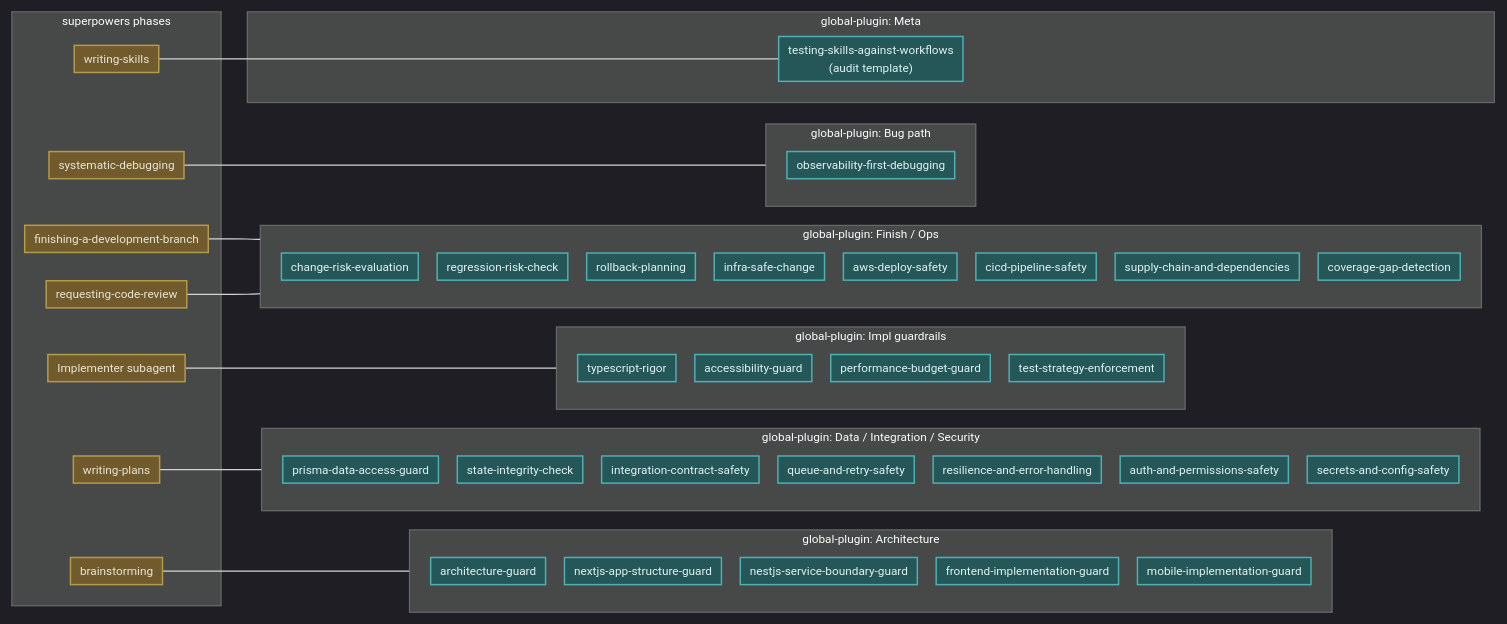
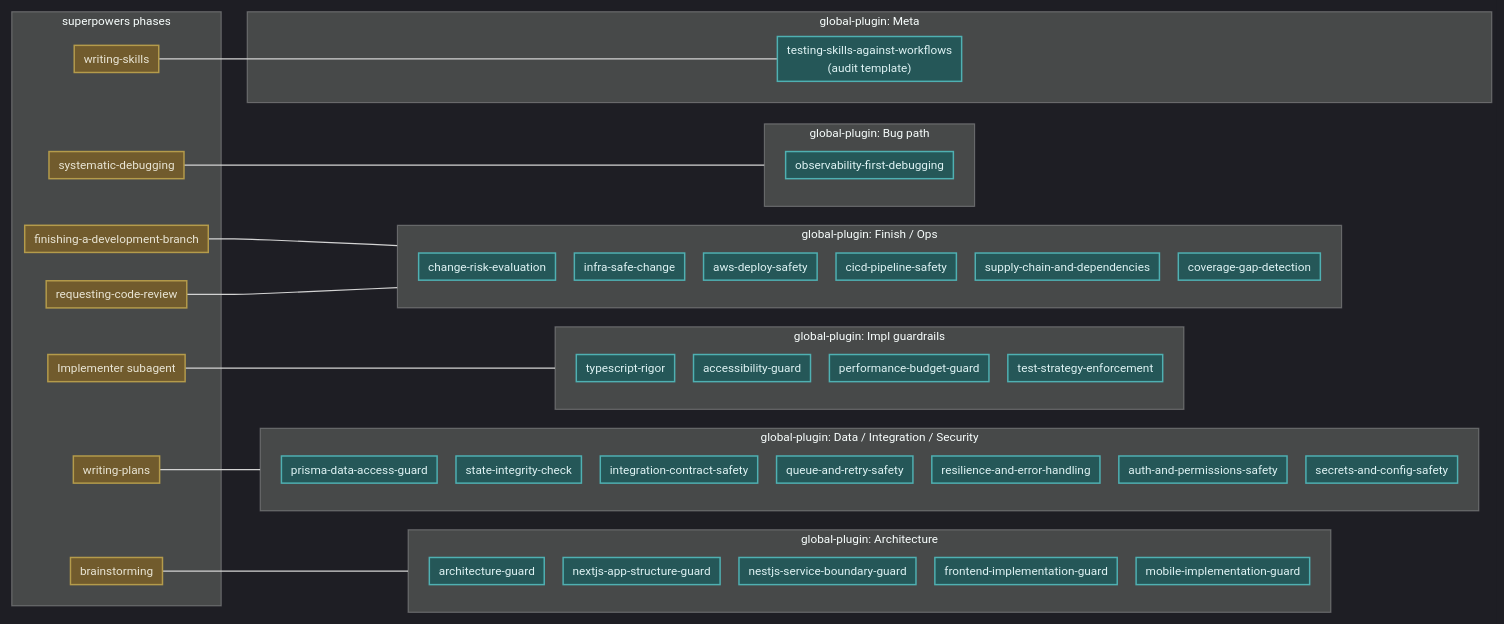
The second of 2 diagrams in docs/superpowers/workflows/08-whole-map.md (Pasanbasuru/company-plugin), drawn with Mermaid before and after one commit. The commit also changed other lines of this file and 11 other files, not shown here.

````diff
--- a/docs/superpowers/workflows/08-whole-map.md
+++ b/docs/superpowers/workflows/08-whole-map.md
@@ -136,68 +136,66 @@
 ```mermaid
 %%{init: {'theme':'dark','themeVariables':{'fontSize':'10px'},'flowchart':{'nodeSpacing':16,'rankSpacing':22,'padding':4,'diagramPadding':4}}}%%
 flowchart LR
     classDef extPlugin     fill:#785f28d9,stroke:#b49b4b,stroke-width:1.25px,color:#e9e5d5
     classDef companyPlugin fill:#1f5a5bd9,stroke:#4fb0b2,stroke-width:1.25px,color:#dff3f4
 
     subgraph SP[superpowers phases]
         BR[brainstorming]:::extPlugin
         WP[writing-plans]:::extPlugin
         IMP[Implementer subagent]:::extPlugin
         DBG[systematic-debugging]:::extPlugin
         FIN[finishing-a-development-branch]:::extPlugin
         RCR[requesting-code-review]:::extPlugin
         WSK[writing-skills]:::extPlugin
     end
 
     subgraph CPARCH[global-plugin: Architecture]
         AG[architecture-guard]:::companyPlugin
         NEXT[nextjs-app-structure-guard]:::companyPlugin
         NEST[nestjs-service-boundary-guard]:::companyPlugin
         FRNT[frontend-implementation-guard]:::companyPlugin
         MOB[mobile-implementation-guard]:::companyPlugin
     end
 
     subgraph CPDATA[global-plugin: Data / Integration / Security]
         PRIS[prisma-data-access-guard]:::companyPlugin
         STATE[state-integrity-check]:::companyPlugin
         INT[integration-contract-safety]:::companyPlugin
         QUE[queue-and-retry-safety]:::companyPlugin
         RES[resilience-and-error-handling]:::companyPlugin
         AUTH[auth-and-permissions-safety]:::companyPlugin
         SEC[secrets-and-config-safety]:::companyPlugin
     end
 
     subgraph CPIMPL[global-plugin: Impl guardrails]
         TS[typescript-rigor]:::companyPlugin
         A11Y[accessibility-guard]:::companyPlugin
         PERF[performance-budget-guard]:::companyPlugin
         TSE[test-strategy-enforcement]:::companyPlugin
     end
 
     subgraph CPFIN[global-plugin: Finish / Ops]
         CRE[change-risk-evaluation]:::companyPlugin
-        RRC[regression-risk-check]:::companyPlugin
-        RBP[rollback-planning]:::companyPlugin
         ISC[infra-safe-change]:::companyPlugin
         AWS[aws-deploy-safety]:::companyPlugin
         CICD[cicd-pipeline-safety]:::companyPlugin
         SUP[supply-chain-and-dependencies]:::companyPlugin
         COV[coverage-gap-detection]:::companyPlugin
     end
 
     subgraph CPDBG[global-plugin: Bug path]
         OBS[observability-first-debugging]:::companyPlugin
     end
 
     subgraph CPMETA[global-plugin: Meta]
         AUDIT["testing-skills-against-workflows<br/>(audit template)"]:::companyPlugin
     end
 
     BR --- CPARCH
     WP --- CPDATA
     IMP --- CPIMPL
     DBG --- CPDBG
     FIN --- CPFIN
     RCR --- CPFIN
     WSK --- AUDIT
 ```
````
